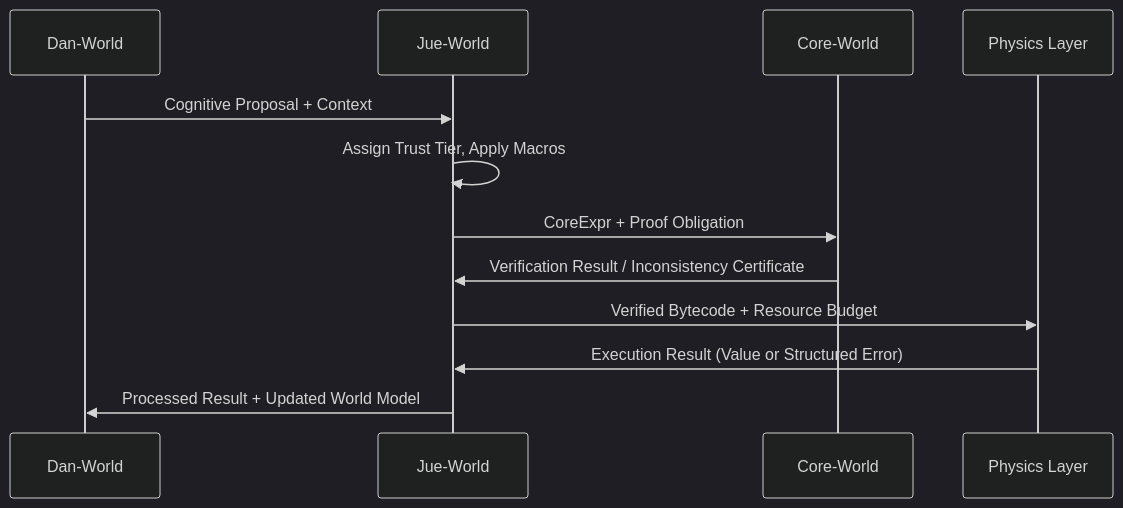
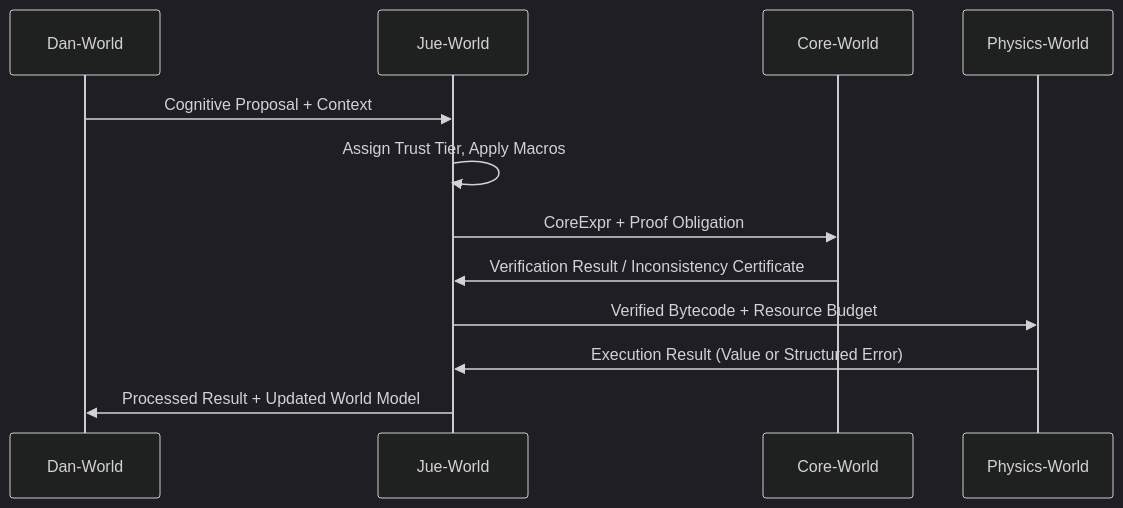
Before and after one commit to project-jue/jue: the diagram in docs/architecture/architecture.md, drawn with Mermaid (dark theme). The commit also changed other lines of this file and 145 other files, not shown here.

````diff
--- a/docs/architecture/architecture.md
+++ b/docs/architecture/architecture.md
@@ -112,15 +112,15 @@
 ```mermaid
 sequenceDiagram
     participant D as Dan-World
     participant J as Jue-World
     participant C as Core-World
-    participant P as Physics Layer
+    participant P as Physics-World
 
     D->>J: Cognitive Proposal + Context
     J->>J: Assign Trust Tier, Apply Macros
     J->>C: CoreExpr + Proof Obligation
     C->>J: Verification Result / Inconsistency Certificate
     J->>P: Verified Bytecode + Resource Budget
     P->>J: Execution Result (Value or Structured Error)
     J->>D: Processed Result + Updated World Model
 ```
````
